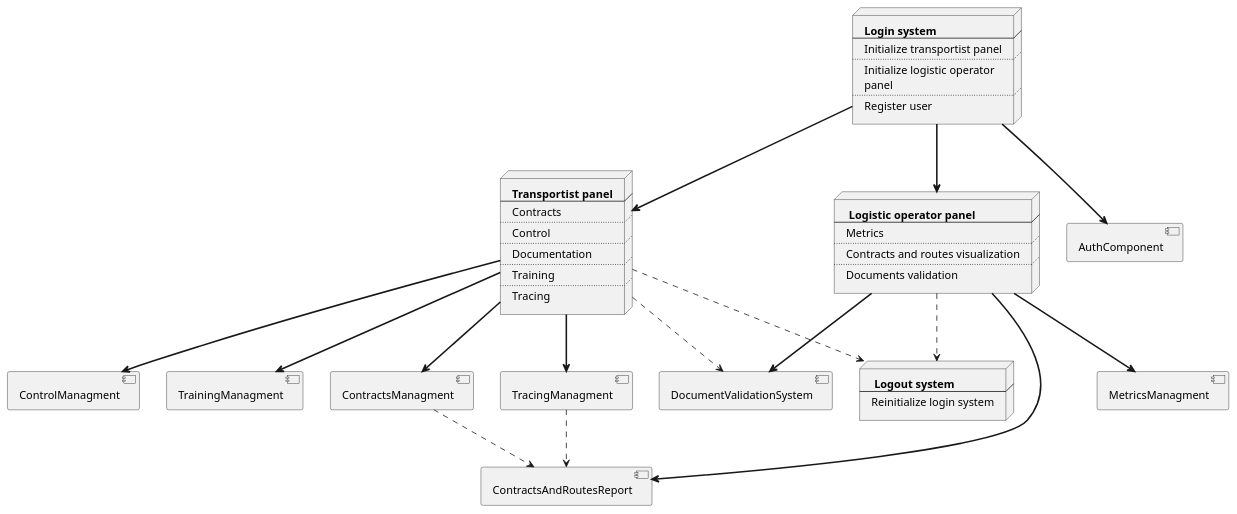
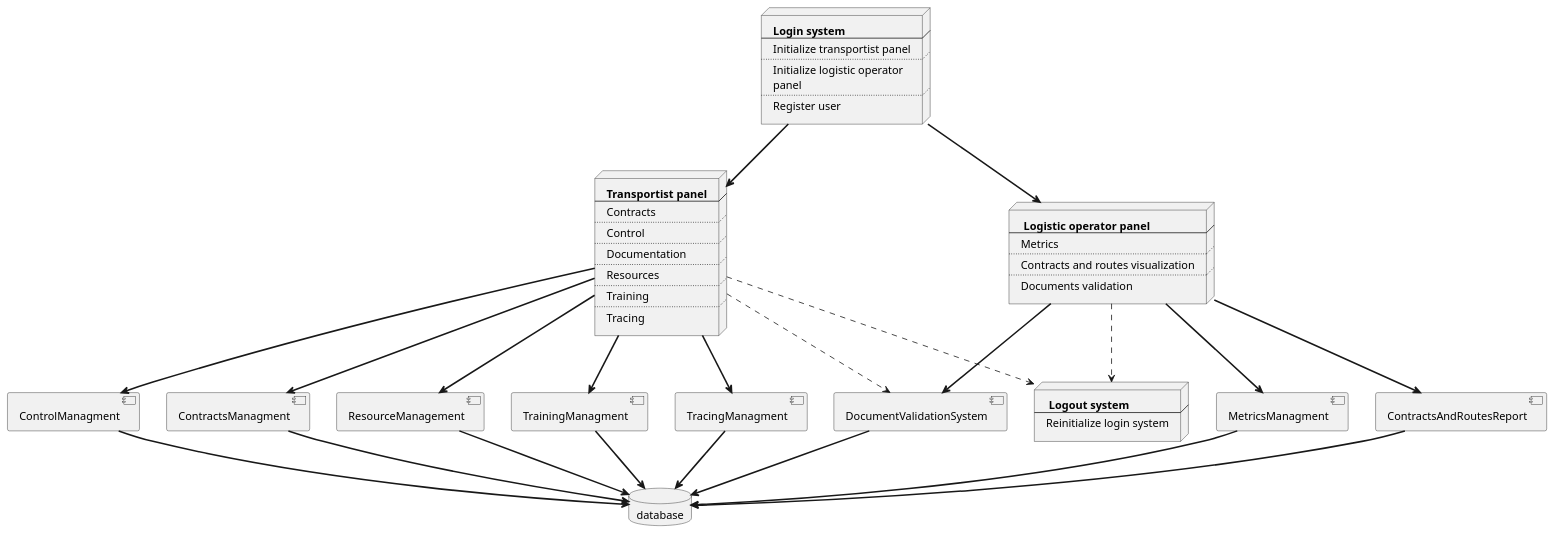
One commit to ubomagisterinformatica/carrier_assignment_system changed the diagram in diagrams/deployment/deployment.plantuml. Above: the diagram before and after it, drawn with PlantUML.

Commit message:
ADD: components and database

```diff
--- a/diagrams/deployment/deployment.plantuml
+++ b/diagrams/deployment/deployment.plantuml
@@ -1,73 +1,83 @@
 @startuml deployment
     component ControlManagment
     component ContractsManagment
     component ContractsAndRoutesReport
     component DocumentValidationSystem
+    component ResourceManagement
     component MetricsManagment
     component TrainingManagment
     component TracingManagment
-    component AuthComponent
+
+    database database
 
     node LoginSystem [
         <b>Login system
         ----
         Initialize transportist panel
         ....
         Initialize logistic operator
         panel
         ....
         Register user       
     ]
 
     node TransportistPanel [
         <b>Transportist panel
         ----
         Contracts
         ....
         Control
         ....
         Documentation
+        ....
+        Resources
         ....
         Training
         ....
         Tracing
     ]
 
     node LogisticOperatorPanel [
         <b> Logistic operator panel
         ----
         Metrics
         ....
         Contracts and routes visualization
         ....
         Documents validation
     ]
 
     node LogoutSystem [
         <b> Logout system
         ----
         Reinitialize login system
     ]
 
-    ContractsManagment -[dashed]-> ContractsAndRoutesReport
-
-    LoginSystem -[bold]-> AuthComponent
+   
     LoginSystem -[bold]-> TransportistPanel
     LoginSystem  -[bold]-> LogisticOperatorPanel
 
     LogisticOperatorPanel -[dashed]-> LogoutSystem
     LogisticOperatorPanel -[bold]-> ContractsAndRoutesReport
     LogisticOperatorPanel -[bold]-> DocumentValidationSystem
     LogisticOperatorPanel -[bold]-> MetricsManagment
 
-    TracingManagment -[dashed]-> ContractsAndRoutesReport
-
     TransportistPanel-[bold]->ControlManagment
     TransportistPanel-[bold]->ContractsManagment
     TransportistPanel-[bold]->TrainingManagment
     TransportistPanel-[bold]->TracingManagment
     TransportistPanel-[dashed]->LogoutSystem
     TransportistPanel-[dashed]->DocumentValidationSystem
+    TransportistPanel-[bold]->ResourceManagement
+
+    ControlManagment -[bold]->database
+    ContractsManagment -[bold]->database
+    ContractsAndRoutesReport -[bold]->database
+    DocumentValidationSystem -[bold]->database
+    MetricsManagment -[bold]->database
+    ResourceManagement -[bold]->database
+    TracingManagment -[bold]->database
+    TrainingManagment -[bold]->database
 
 
 @enduml
```
